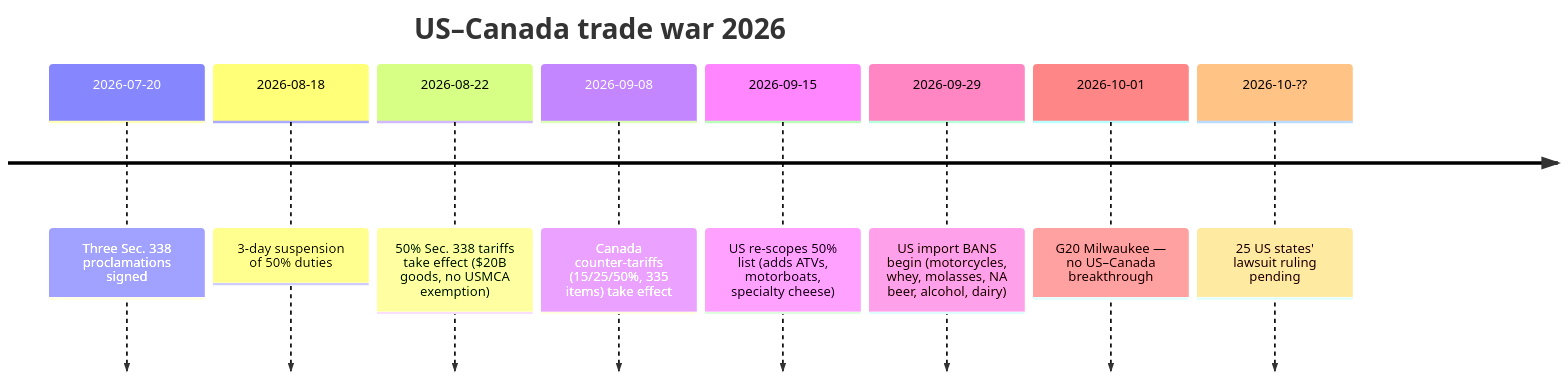
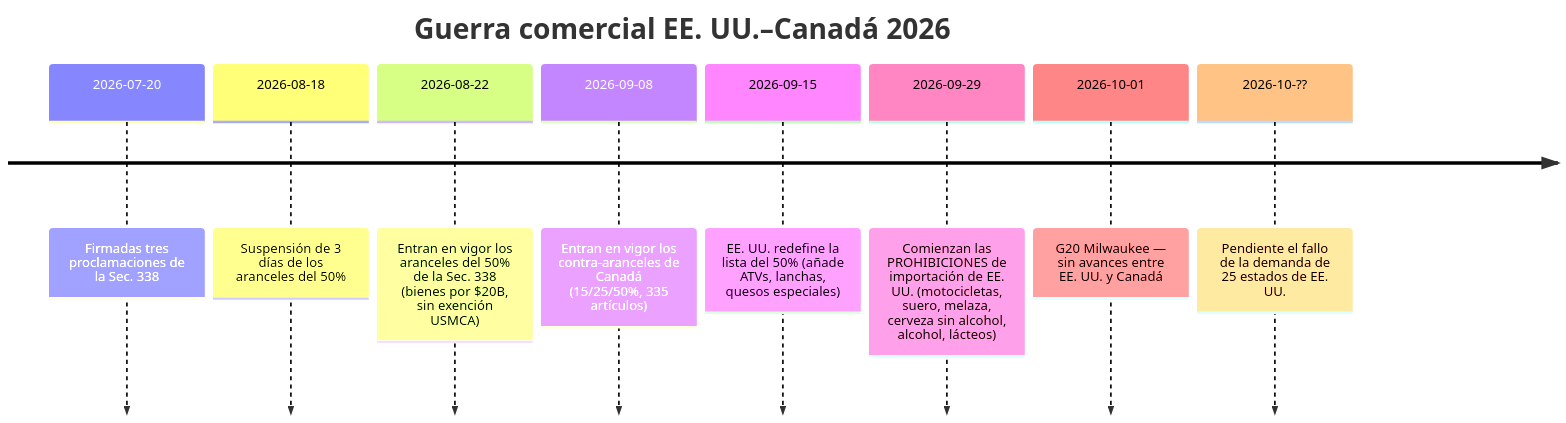
One commit to dureach/research changed the first of 3 diagrams in Global-Trade-Intelligence-weekly-2026-10-05/index.es.md. Above: the diagram before and after it, drawn with Mermaid. The commit also changed other lines of this file and 5 other files, not shown here.

Commit message:
Translate mermaid diagram labels in all 6 languages

````diff
--- a/Global-Trade-Intelligence-weekly-2026-10-05/index.es.md
+++ b/Global-Trade-Intelligence-weekly-2026-10-05/index.es.md
@@ -352,12 +352,12 @@
 ```mermaid
 timeline
-    title US–Canada trade war 2026
-    2026-07-20 : Three Sec. 338 proclamations signed
-    2026-08-18 : 3-day suspension of 50% duties
-    2026-08-22 : 50% Sec. 338 tariffs take effect ($20B goods, no USMCA exemption)
-    2026-09-08 : Canada counter-tariffs (15/25/50%, 335 items) take effect
-    2026-09-15 : US re-scopes 50% list (adds ATVs, motorboats, specialty cheese)
-    2026-09-29 : US import BANS begin (motorcycles, whey, molasses, NA beer, alcohol, dairy)
-    2026-10-01 : G20 Milwaukee — no US–Canada breakthrough
-    2026-10-?? : 25 US states' lawsuit ruling pending
+    title Guerra comercial EE. UU.–Canadá 2026
+    2026-07-20 : Firmadas tres proclamaciones de la Sec. 338
+    2026-08-18 : Suspensión de 3 días de los aranceles del 50%
+    2026-08-22 : Entran en vigor los aranceles del 50% de la Sec. 338 (bienes por $20B, sin exención USMCA)
+    2026-09-08 : Entran en vigor los contra-aranceles de Canadá (15/25/50%, 335 artículos)
+    2026-09-15 : EE. UU. redefine la lista del 50% (añade ATVs, lanchas, quesos especiales)
+    2026-09-29 : Comienzan las PROHIBICIONES de importación de EE. UU. (motocicletas, suero, melaza, cerveza sin alcohol, alcohol, lácteos)
+    2026-10-01 : G20 Milwaukee — sin avances entre EE. UU. y Canadá
+    2026-10-?? : Pendiente el fallo de la demanda de 25 estados de EE. UU.
 ```
````
